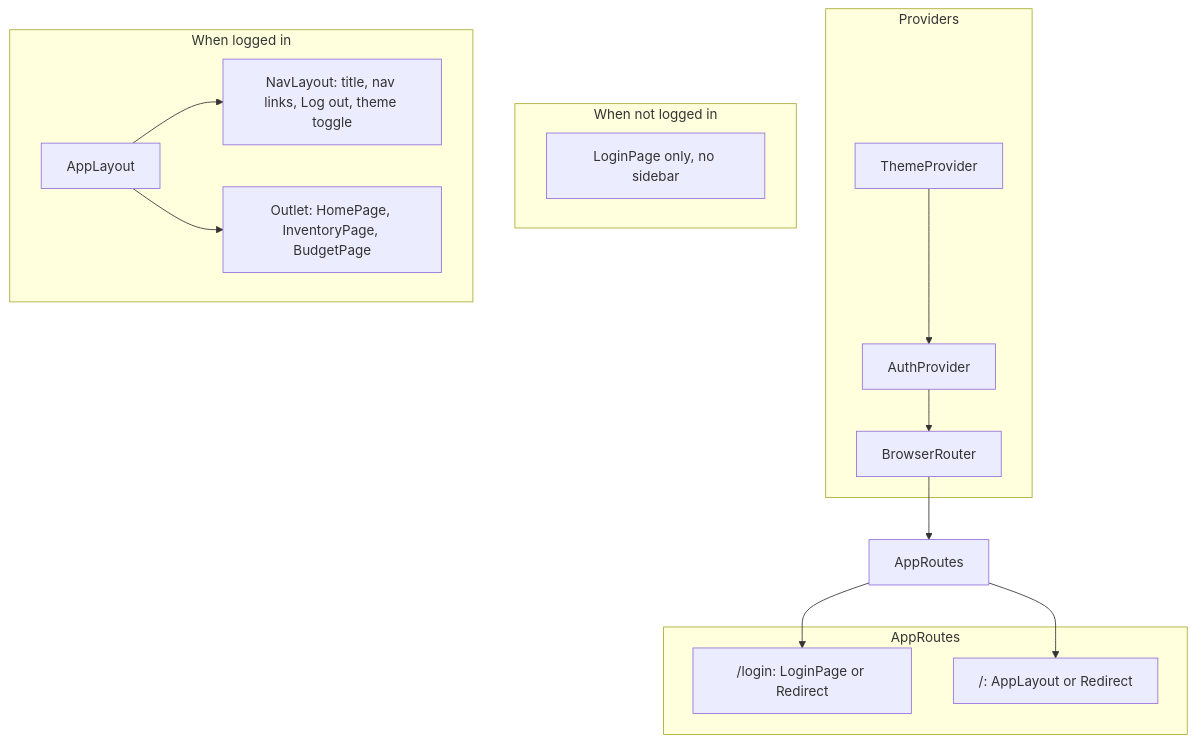
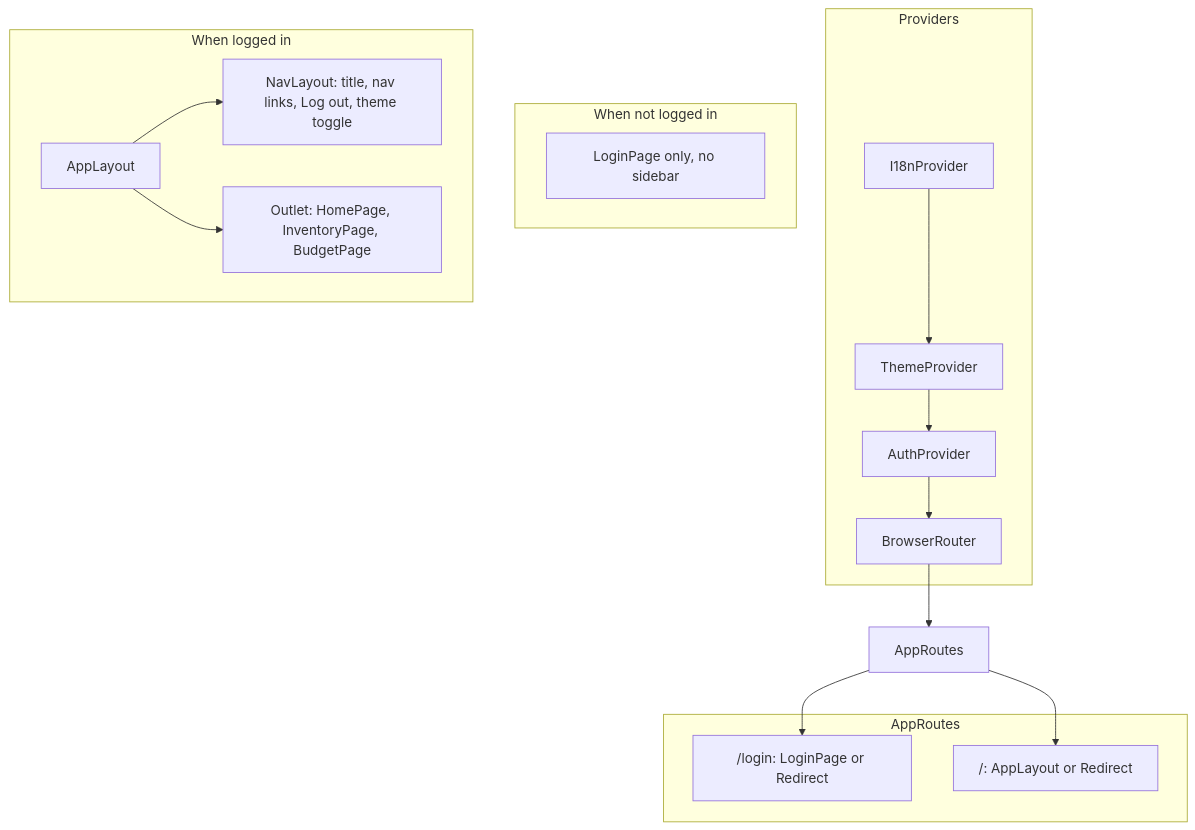
One commit to jocaruser/illo3d changed the first of 2 diagrams in docs/architecture/app-shell-and-auth.md. Above: the diagram before and after it, drawn with Mermaid. The commit also changed other lines of this file and 18 other files, not shown here.

````diff
--- a/docs/architecture/app-shell-and-auth.md
+++ b/docs/architecture/app-shell-and-auth.md
@@ -5,31 +5,33 @@
 ```mermaid
 flowchart TB
   subgraph providers [Providers]
+    I18nProvider
     ThemeProvider
     AuthProvider
     BrowserRouter
   end
+  I18nProvider --> ThemeProvider
   ThemeProvider --> AuthProvider
   AuthProvider --> BrowserRouter
   BrowserRouter --> AppRoutes
 
   subgraph routes [AppRoutes]
     LoginRoute["/login: LoginPage or Redirect"]
     AppRoute["/: AppLayout or Redirect"]
   end
 
   AppRoutes --> LoginRoute
   AppRoutes --> AppRoute
 
   subgraph whenLoggedOut [When not logged in]
     LoginPageOnly[LoginPage only, no sidebar]
   end
 
   subgraph whenLoggedIn [When logged in]
     AppLayoutShell[AppLayout]
     Sidebar[NavLayout: title, nav links, Log out, theme toggle]
     Main[Outlet: HomePage, InventoryPage, BudgetPage]
     AppLayoutShell --> Sidebar
     AppLayoutShell --> Main
   end
 ```
````
